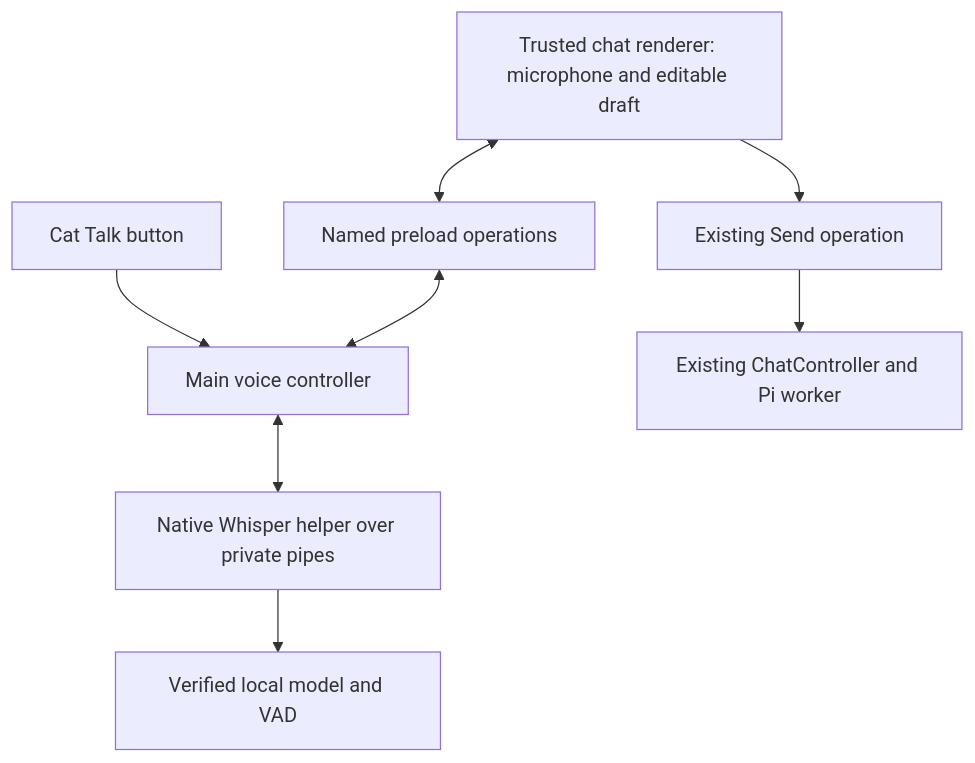
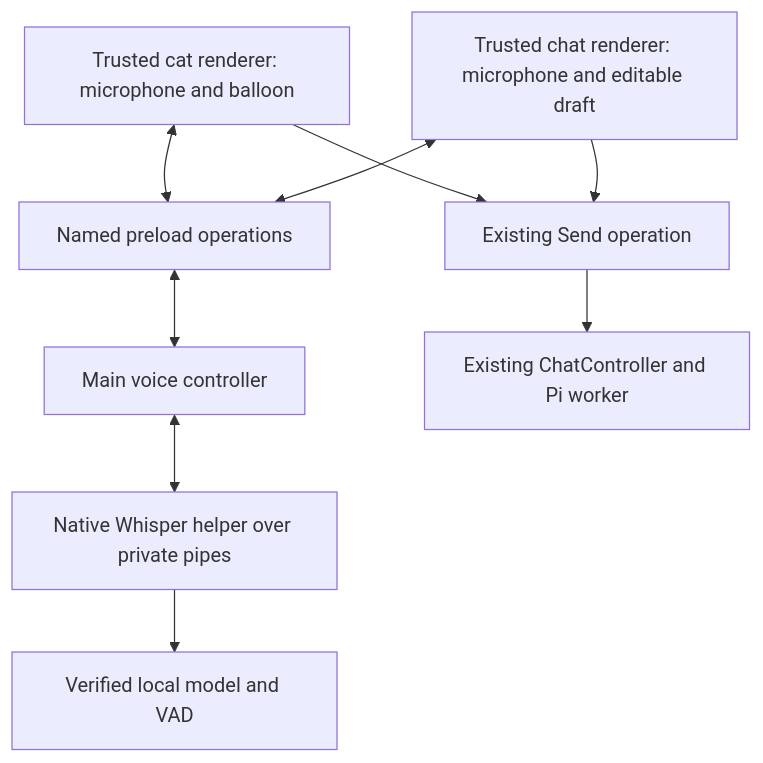
The diagram in docs/implementation/whisper/README.md (andersj05/ComputerCat), drawn with Mermaid before and after one commit. The commit also changed other lines of this file and 12 other files, not shown here.

Commit message:
fix: polish desktop voice controls and document the new flow

````diff
--- a/docs/implementation/whisper/README.md
+++ b/docs/implementation/whisper/README.md
@@ -73,10 +74,11 @@
 ```mermaid
 flowchart TD
-    Pet[Cat Talk button] --> Main[Main voice controller]
-    Chat[Trusted chat renderer: microphone and editable draft] <--> Bridge[Named preload operations]
-    Bridge <--> Main
+    Pet[Trusted cat renderer: microphone and balloon] <--> Bridge[Named preload operations]
+    Chat[Trusted chat renderer: microphone and editable draft] <--> Bridge
+    Pet --> Send[Existing Send operation]
+    Bridge <--> Main[Main voice controller]
     Main <--> Helper[Native Whisper helper over private pipes]
     Helper --> Weights[Verified local model and VAD]
     Chat --> Send[Existing Send operation]
     Send --> Agent[Existing ChatController and Pi worker]
 ```
````
